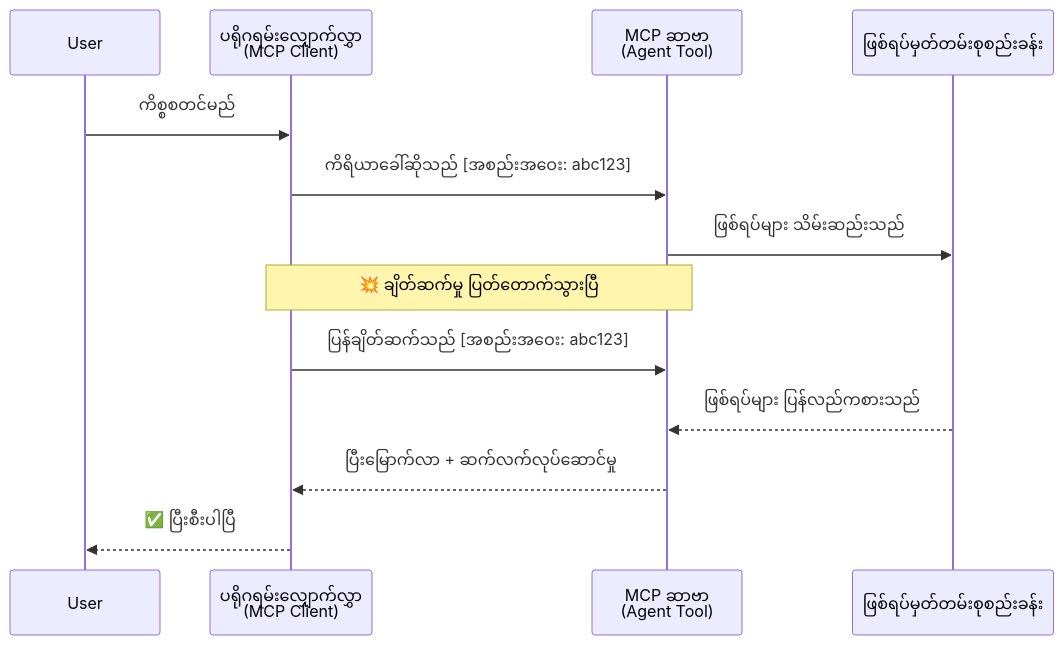
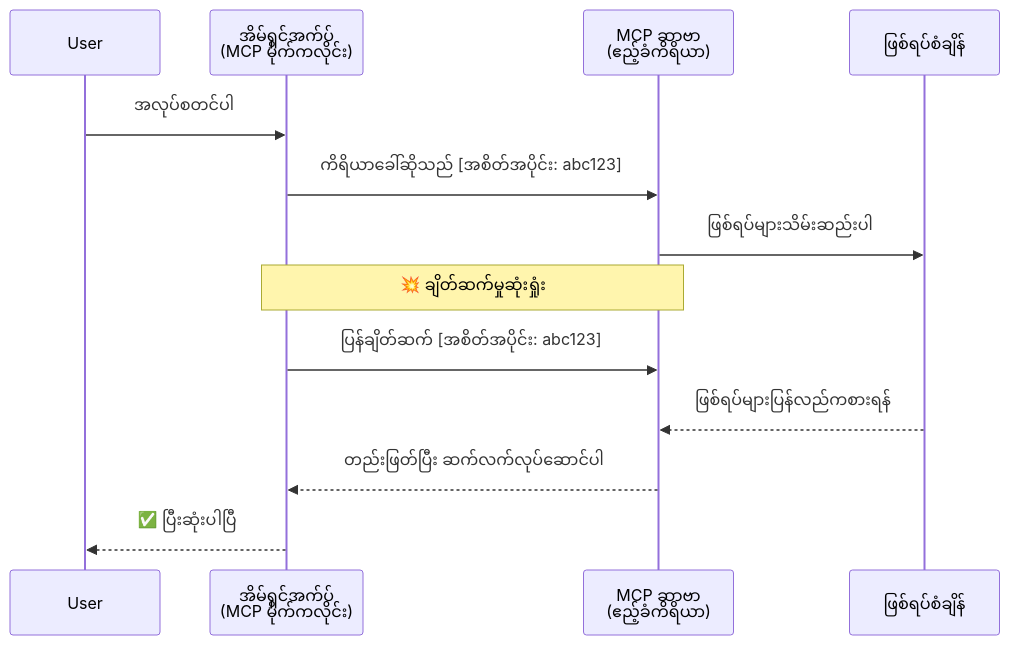
Before and after one commit to gabrielmoreira/agent-skills-mirror: the second of 5 diagrams in mirrors/repos/microsoft@ai-agents-for-beginners/translations/my/11-agentic-protocols/code_samples/mcp-agents/README.md, drawn with Mermaid. The commit also changed other lines of this file and 4262 other files, not shown here.

````diff
--- a/mirrors/repos/microsoft@ai-agents-for-beginners/translations/my/11-agentic-protocols/code_samples/mcp-agents/README.md
+++ b/mirrors/repos/microsoft@ai-agents-for-beginners/translations/my/11-agentic-protocols/code_samples/mcp-agents/README.md
@@ -82,18 +82,18 @@
 ```mermaid
 sequenceDiagram
     participant User
-    participant Host as ပရိုဂရမ်းလျှောက်လွှာ<br/>(MCP Client)
-    participant Server as MCP ဆာဗာ<br/>(Agent Tool)
-    participant Store as ဖြစ်ရပ်မှတ်တမ်းစုစည်းခန်း
+    participant Host as အိမ်ရှင်အက်ပ်<br/>(MCP မိုက်ကလိုင်း)
+    participant Server as MCP ဆာဗာ<br/>(ဧည့်ခံကိရိယာ)
+    participant Store as ဖြစ်ရပ်စံချိန်
 
-    User->>Host: ကိစ္စစတင်မည်
-    Host->>Server: ကိရိယာခေါ်ဆိုသည် [အစည်းအဝေး: abc123]
-    Server->>Store: ဖြစ်ရပ်များ သိမ်းဆည်းသည်
+    User->>Host: အလုပ်စတင်ပါ
+    Host->>Server: ကိရိယာခေါ်ဆိုသည် [အစိတ်အပိုင်း: abc123]
+    Server->>Store: ဖြစ်ရပ်များသိမ်းဆည်းပါ
 
-    Note over Host,Server: 💥 ချိတ်ဆက်မှု ပြတ်တောက်သွားပြီ
+    Note over Host,Server: 💥 ချိတ်ဆက်မှုဆုံးရှုံး
 
-    Host->>Server: ပြန်ချိတ်ဆက်သည် [အစည်းအဝေး: abc123]
-    Store-->>Server: ဖြစ်ရပ်များ ပြန်လည်ကစားသည်
-    Server-->>Host: ပြီးမြောက်လာ + ဆက်လက်လုပ်ဆောင်မှု
-    Host-->>User: ✅ ပြီးစီးပါပြီ
+    Host->>Server: ပြန်ချိတ်ဆက် [အစိတ်အပိုင်း: abc123]
+    Store-->>Server: ဖြစ်ရပ်များပြန်လည်ကစားရန်
+    Server-->>Host: တည်းဖြတ်ပြီး ဆက်လက်လုပ်ဆောင်ပါ
+    Host-->>User: ✅ ပြီးဆုံးပါပြီ
 ```
````
